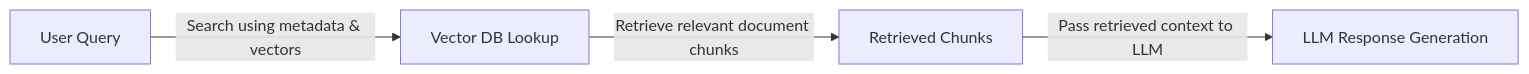
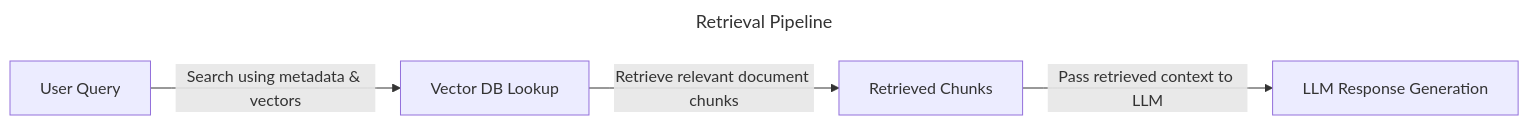
The third of 3 diagrams in solution-architecture.md (rajivgangadharan/ai-for-field-engineers), drawn with Mermaid before and after one commit.

````diff
--- a/solution-architecture.md
+++ b/solution-architecture.md
@@ -164,6 +162,9 @@
 ```mermaid
+---
+title: Retrieval Pipeline
+---
 graph LR;
    UQ[User Query] -->|Search using metadata & vectors| VDBLU[Vector DB Lookup];
    VDBLU -->|Retrieve relevant document chunks| CHUNKS[Retrieved Chunks];
    CHUNKS -->|Pass retrieved context to LLM| I[LLM Response Generation];
 ```
````
